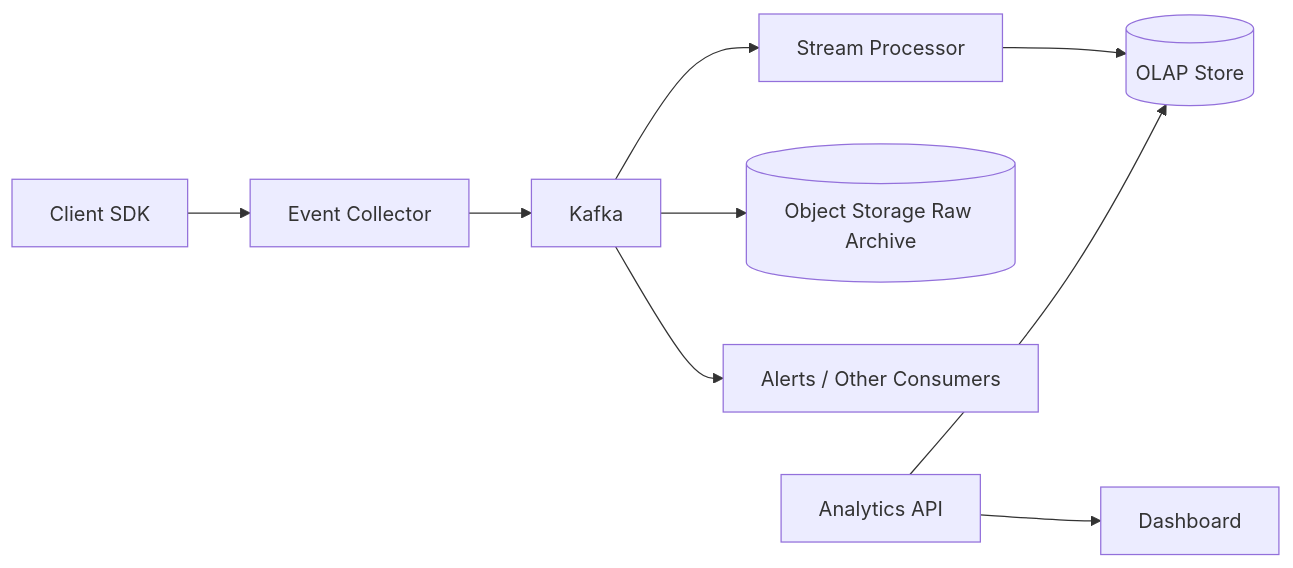
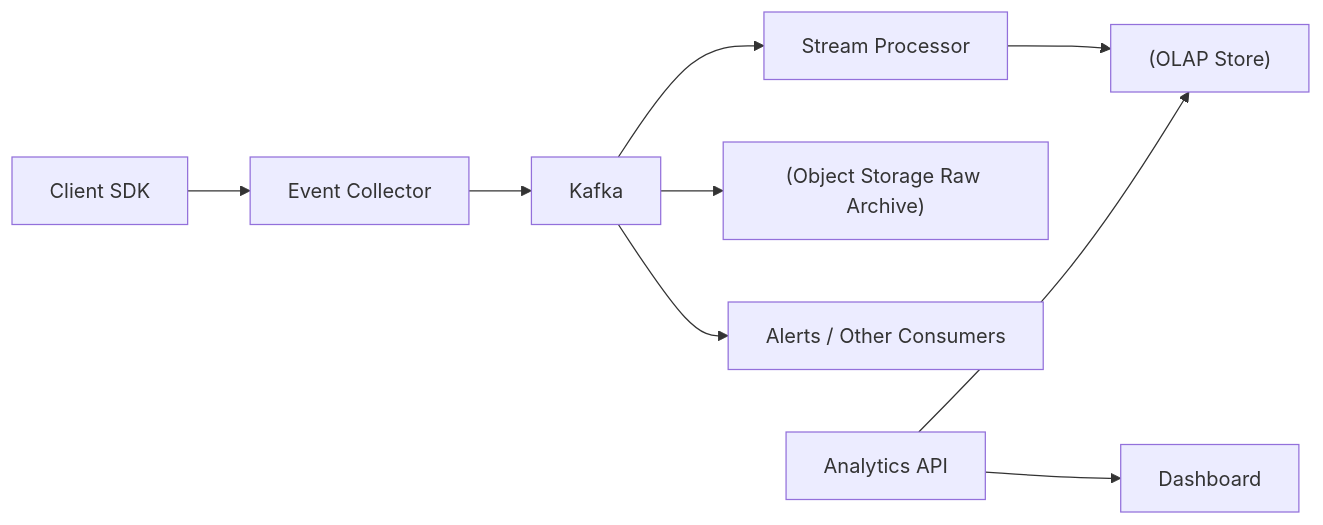
The first of 3 diagrams in files/System-Design-Questions/14_analytics_event_tracking.md (pankajThakur1874/studysheet), drawn with Mermaid before and after one commit. The commit also changed other lines of this file and 102 other files, not shown here.

Commit message:
Auto-fix Mermaid diagram syntax across all study guides to prevent Syntax Error in Mermaid v10

````diff
--- a/files/System-Design-Questions/14_analytics_event_tracking.md
+++ b/files/System-Design-Questions/14_analytics_event_tracking.md
@@ -70,11 +70,11 @@
 ```mermaid
 flowchart LR
     C[Client SDK] --> EC[Event Collector]
     EC --> K[Kafka]
     K --> SP[Stream Processor]
-    SP --> OLAP[(OLAP Store)]
-    K --> RAW[(Object Storage Raw Archive)]
-    K --> A[Alerts / Other Consumers]
+    SP --> OLAP["(OLAP Store)"]
+    K --> RAW["(Object Storage Raw Archive)"]
+    K --> A["Alerts / Other Consumers"]
     API[Analytics API] --> OLAP
     API --> DASH[Dashboard]
 ```
````
